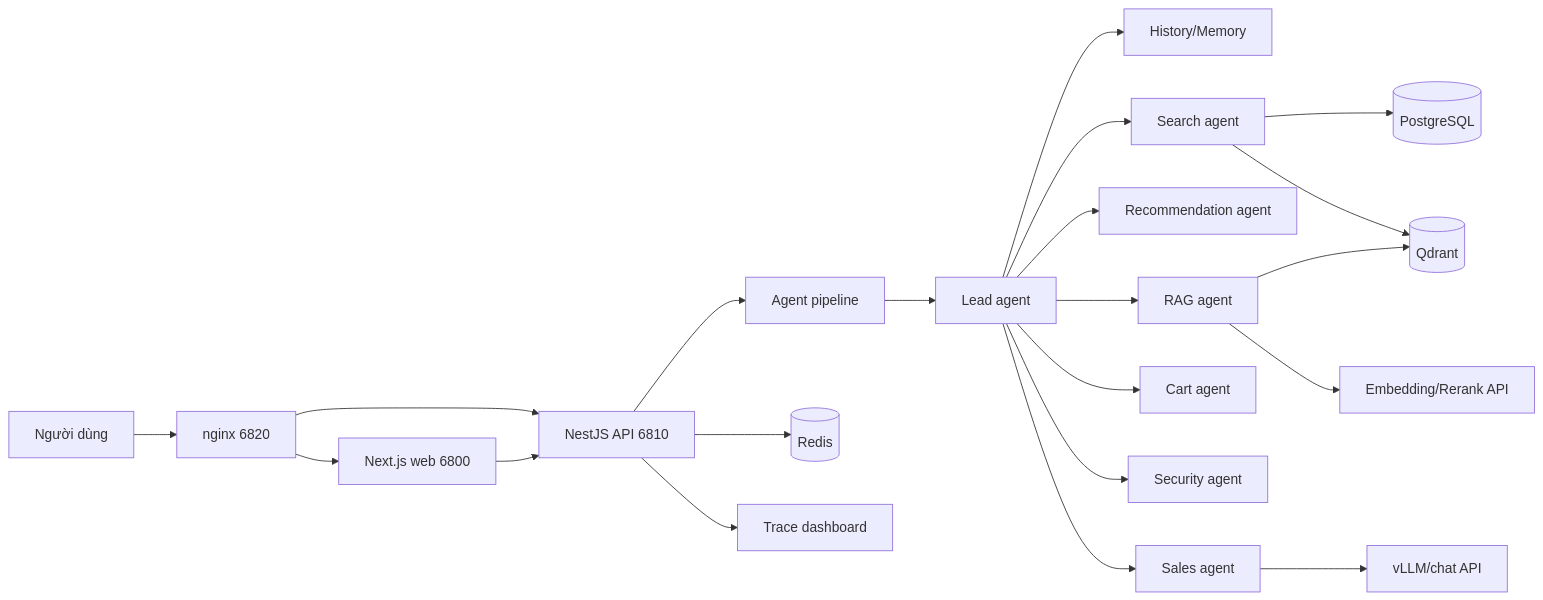
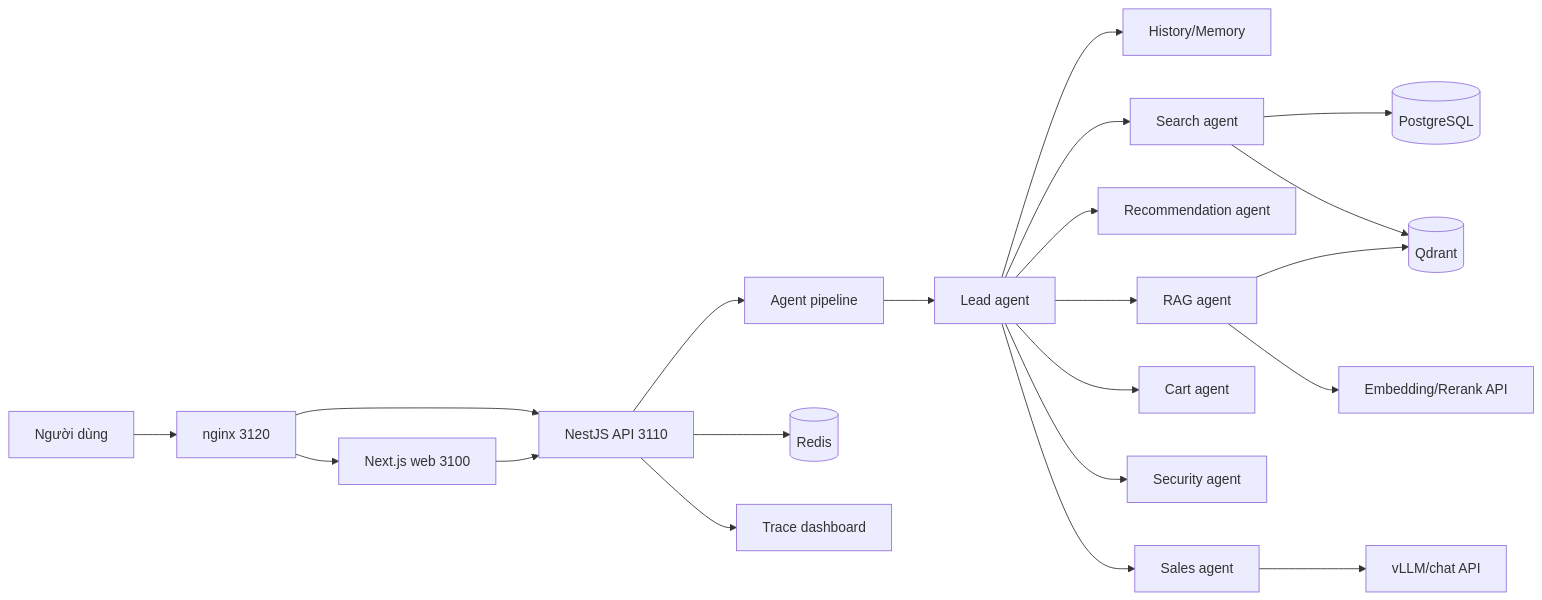
Before and after one commit to baolnq-ai/agent-retail: the diagram in README.md, drawn with Mermaid. The commit also changed other lines of this file and 796 other files, not shown here.

````diff
--- a/README.md
+++ b/README.md
@@ -299,23 +309,23 @@
 ```mermaid
 flowchart LR
-  User[Người dùng] --> Nginx[nginx 6820]
-  Nginx --> Web[Next.js web 6800]
-  Nginx --> API[NestJS API 6810]
+  User[Người dùng] --> Nginx[nginx 3120]
+  Nginx --> Web[Next.js web 3100]
+  Nginx --> API[NestJS API 3110]
   Web --> API
   API --> Agent[Agent pipeline]
   Agent --> Lead[Lead agent]
   Lead --> Memory[History/Memory]
   Lead --> Search[Search agent]
   Lead --> Recommend[Recommendation agent]
   Lead --> RAG[RAG agent]
   Lead --> Cart[Cart agent]
   Lead --> Security[Security agent]
   Lead --> Sales[Sales agent]
   Search --> Postgres[(PostgreSQL)]
   Search --> Qdrant[(Qdrant)]
   RAG --> Qdrant
   Sales --> ChatModel[vLLM/chat API]
   RAG --> Embed[Embedding/Rerank API]
   API --> Redis[(Redis)]
   API --> Dashboard[Trace dashboard]
 ```
````
